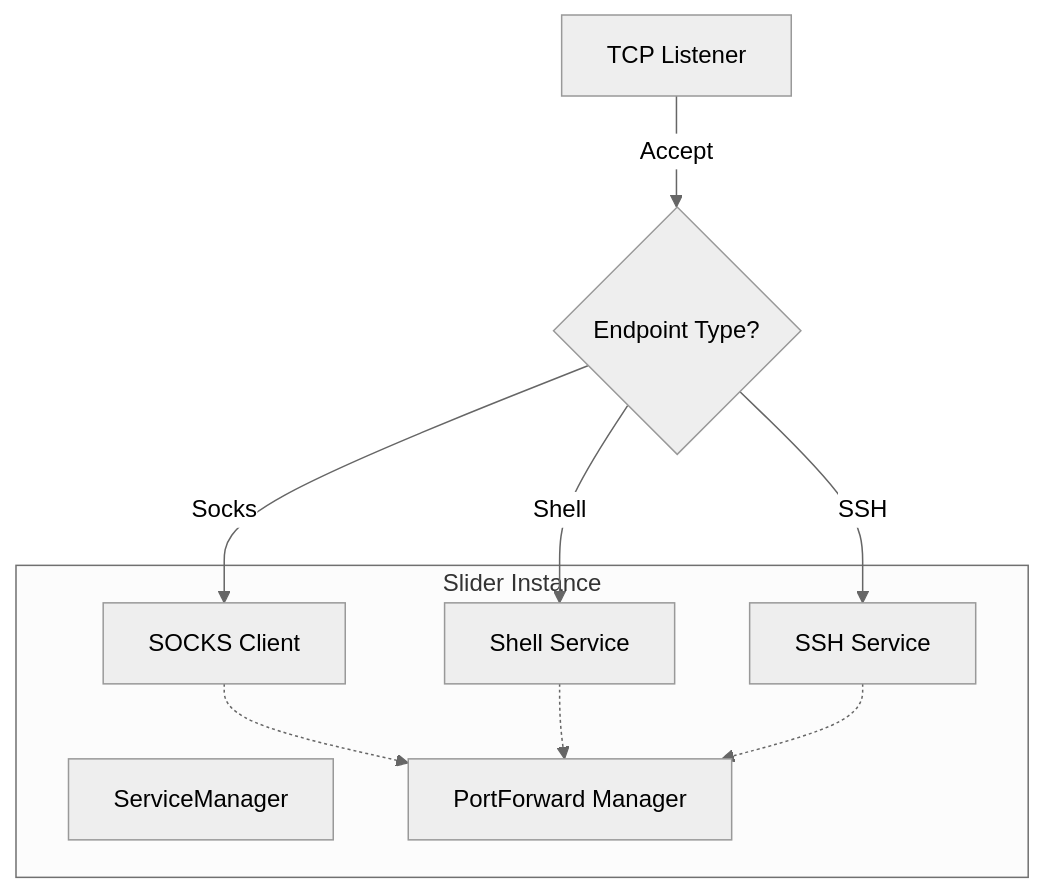
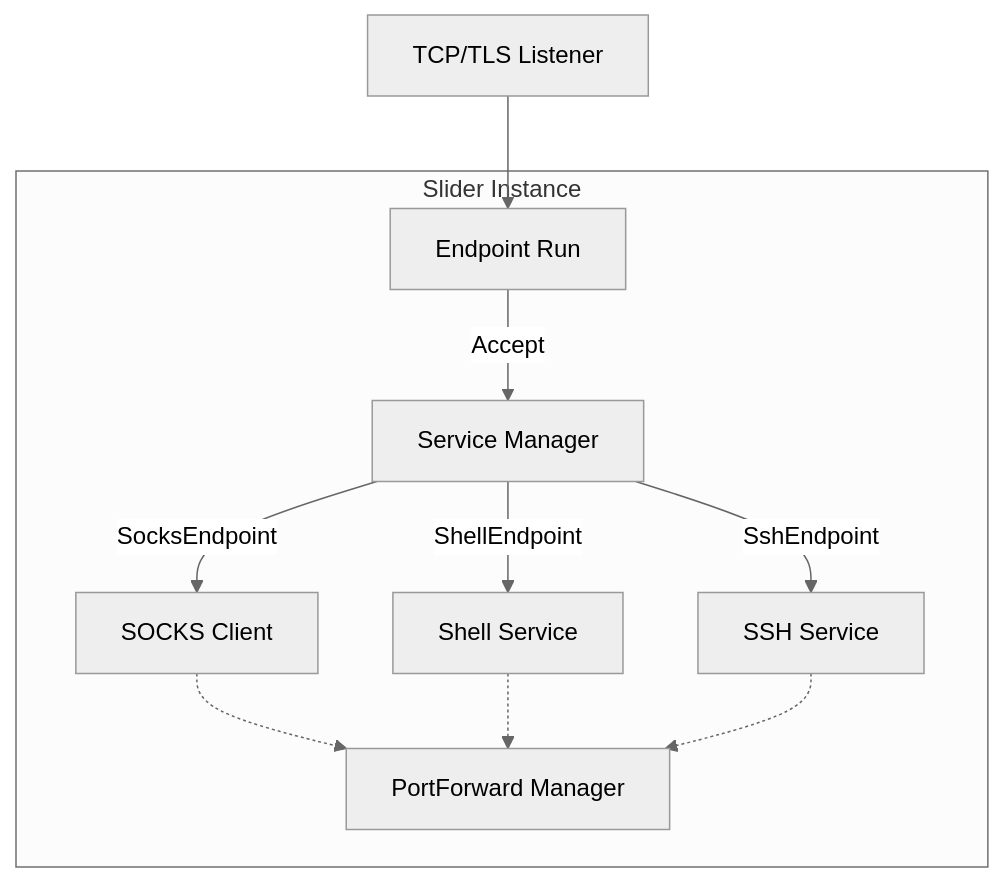
The sixth of 6 diagrams in .trae/deepwiki/功能模块：Shell、SFTP 与代理.md (fuzzbuster/slider), drawn with Mermaid (neutral theme) before and after one commit. The commit also changed other lines of this file and 13 other files, not shown here.

Commit message:
refactor: centralize endpoint service lifecycle

````diff
--- a/.trae/deepwiki/功能模块：Shell、SFTP 与代理.md
+++ b/.trae/deepwiki/功能模块：Shell、SFTP 与代理.md
@@ -395,19 +384,21 @@
 ```mermaid
 graph TB
     subgraph Instance[Slider Instance]
-        SM[ServiceManager]
+        ER[Endpoint Run]
+        SM[Service Manager]
         PF[PortForward Manager]
         SC[SOCKS Client]
         SH[Shell Service]
         SS[SSH Service]
     end
 
-    Listener[TCP Listener] -->|Accept| Dispatcher{Endpoint Type?}
-    Dispatcher -->|Socks| SC
-    Dispatcher -->|Shell| SH
-    Dispatcher -->|SSH| SS
+    Listener[TCP/TLS Listener] --> ER
+    ER -->|Accept| SM
+    SM -->|SocksEndpoint| SC
+    SM -->|ShellEndpoint| SH
+    SM -->|SshEndpoint| SS
 
     SC -.-> PF
     SH -.-> PF
     SS -.-> PF
 ```
````
